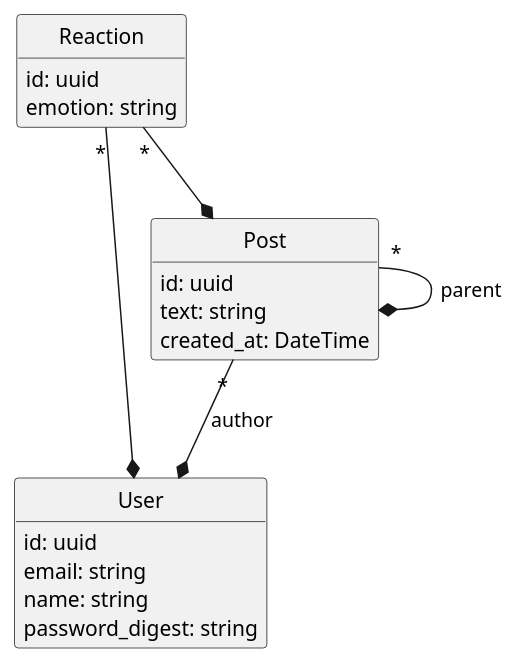
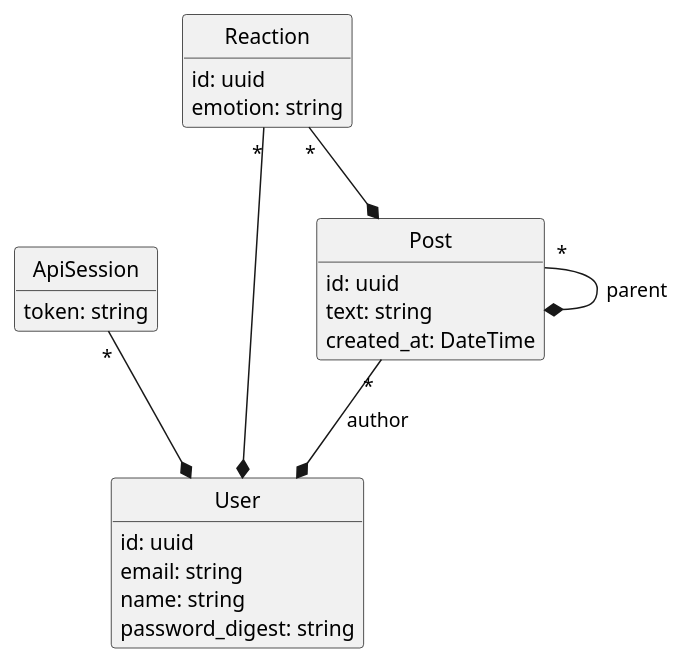
Before and after one commit to Adeynack/graphql_examples: the diagram in model.wsd, drawn with PlantUML. The commit also changed 18 other files, not shown here.

```diff
--- a/model.wsd
+++ b/model.wsd
@@ -1,30 +1,36 @@
 @startuml Models
 
 hide empty methods
 hide circle
 
 class User {
     id: uuid
     email: string
     name: string
     password_digest: string
 }
+
+class ApiSession {
+    token: string
+}
+
+ApiSession "*" --* User
 
 class Post {
     id: uuid
     text: string
     created_at: DateTime
 }
 
 Post "*" --* User: author
 Post "*" --* Post: parent
 
 class Reaction {
     id: uuid
     emotion: string
 }
 
 Reaction "*" --* User
 Reaction "*" --* Post
 
 @enduml
```
